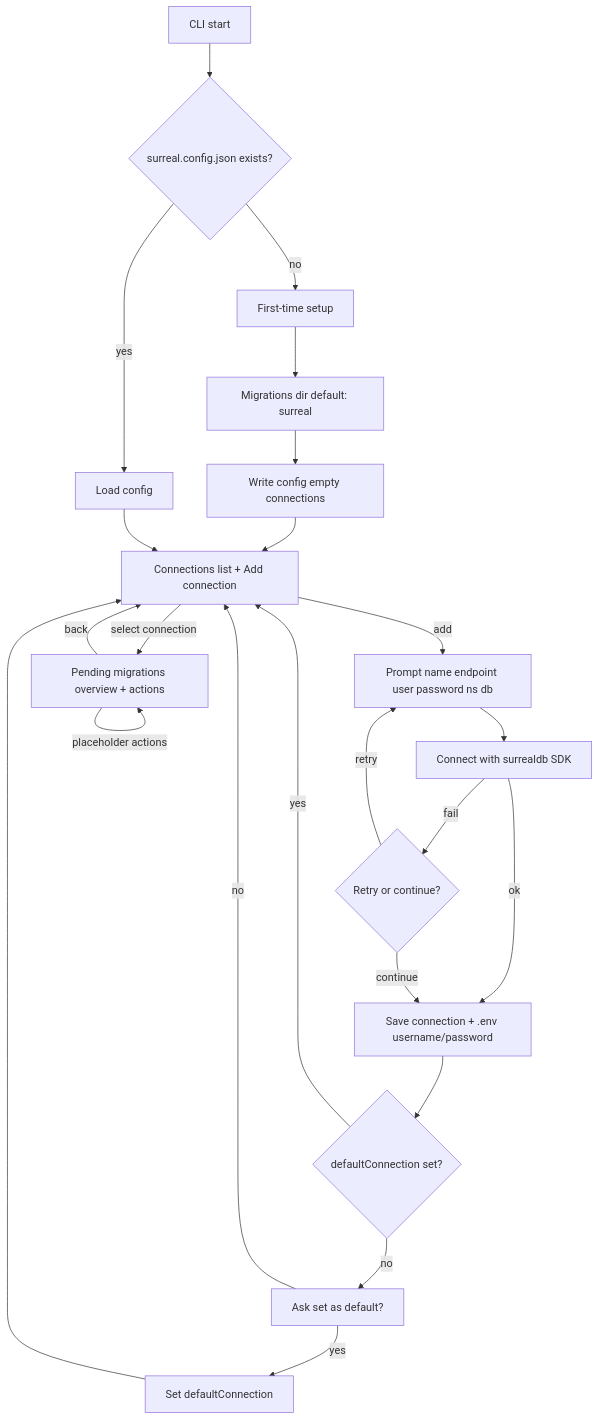
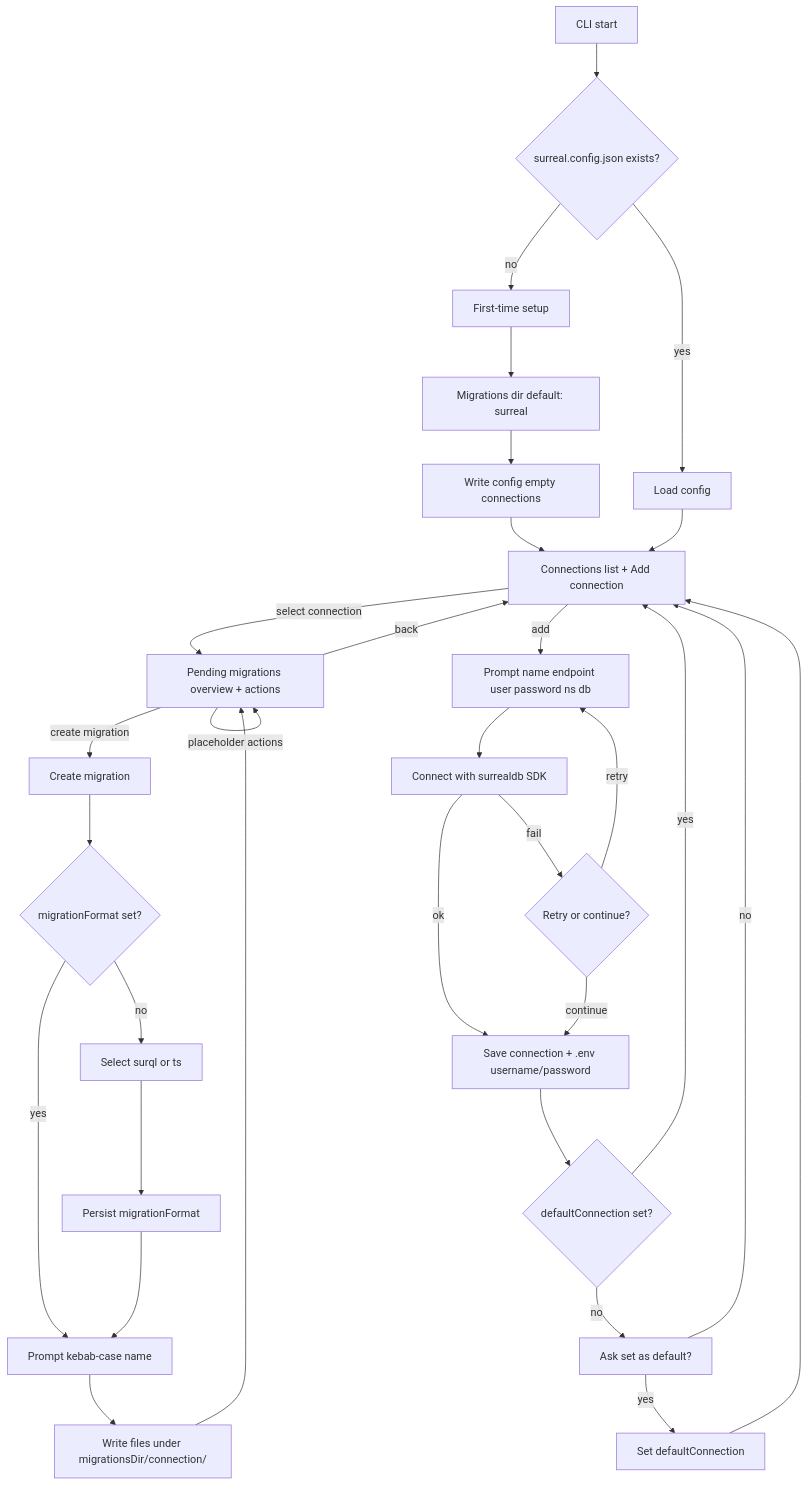
Before and after one commit to sneakylenny/surreal-migrator: the diagram in docs/flow.md, drawn with Mermaid. The commit also changed 9 other files, not shown here.

First line of the commit message:
feat: add migration creation functionality with format selection and file generation

````diff
--- a/docs/flow.md
+++ b/docs/flow.md
@@ -3,25 +3,33 @@
 ```mermaid
 flowchart TD
   start[CLI start] --> hasConfig{surreal.config.json exists?}
   hasConfig -->|no| setup[First-time setup]
   setup --> pathPrompt["Migrations dir default: surreal"]
   pathPrompt --> saveConfig["Write config empty connections"]
   hasConfig -->|yes| loadConfig[Load config]
   saveConfig --> connectionsMenu
   loadConfig --> connectionsMenu[Connections list + Add connection]
   connectionsMenu -->|select connection| connectionMenu[Pending migrations overview + actions]
   connectionsMenu -->|add| addConn["Prompt name endpoint user password ns db"]
   addConn --> verify[Connect with surrealdb SDK]
   verify -->|ok| saveConn["Save connection + .env username/password"]
   verify -->|fail| retryOrContinue{Retry or continue?}
   retryOrContinue -->|retry| addConn
   retryOrContinue -->|continue| saveConn
   saveConn --> hasDefault{defaultConnection set?}
   hasDefault -->|no| askDefault["Ask set as default?"]
   askDefault -->|yes| setDefault[Set defaultConnection]
   askDefault -->|no| connectionsMenu
   setDefault --> connectionsMenu
   hasDefault -->|yes| connectionsMenu
+  connectionMenu -->|create migration| createMig[Create migration]
+  createMig --> hasFormat{migrationFormat set?}
+  hasFormat -->|no| pickFormat["Select surql or ts"]
+  pickFormat --> saveFormat[Persist migrationFormat]
+  hasFormat -->|yes| namePrompt
+  saveFormat --> namePrompt["Prompt kebab-case name"]
+  namePrompt --> writeFiles["Write files under migrationsDir/connection/"]
+  writeFiles --> connectionMenu
   connectionMenu -->|placeholder actions| connectionMenu
   connectionMenu -->|back| connectionsMenu
 ```
````
